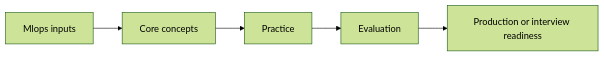
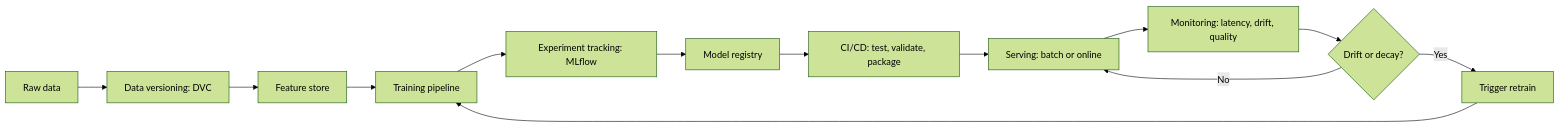
Before and after one commit to Icon1cc/Machine-Learning: the diagram in diagrams/10-mlops.mmd, drawn with Mermaid (forest theme). The commit also changed 118 other files, not shown here.

```diff
--- a/diagrams/10-mlops.mmd
+++ b/diagrams/10-mlops.mmd
@@ -1,5 +1,13 @@
 flowchart LR
-    A[Mlops inputs] --> B[Core concepts]
-    B --> C[Practice]
-    C --> D[Evaluation]
-    D --> E[Production or interview readiness]
+    A[Raw data] --> B[Data versioning: DVC]
+    B --> C[Feature store]
+    C --> D[Training pipeline]
+    D --> E[Experiment tracking: MLflow]
+    E --> F[Model registry]
+    F --> G[CI/CD: test, validate, package]
+    G --> H[Serving: batch or online]
+    H --> I[Monitoring: latency, drift, quality]
+    I --> J{Drift or decay?}
+    J -- Yes --> K[Trigger retrain]
+    K --> D
+    J -- No --> H
```
